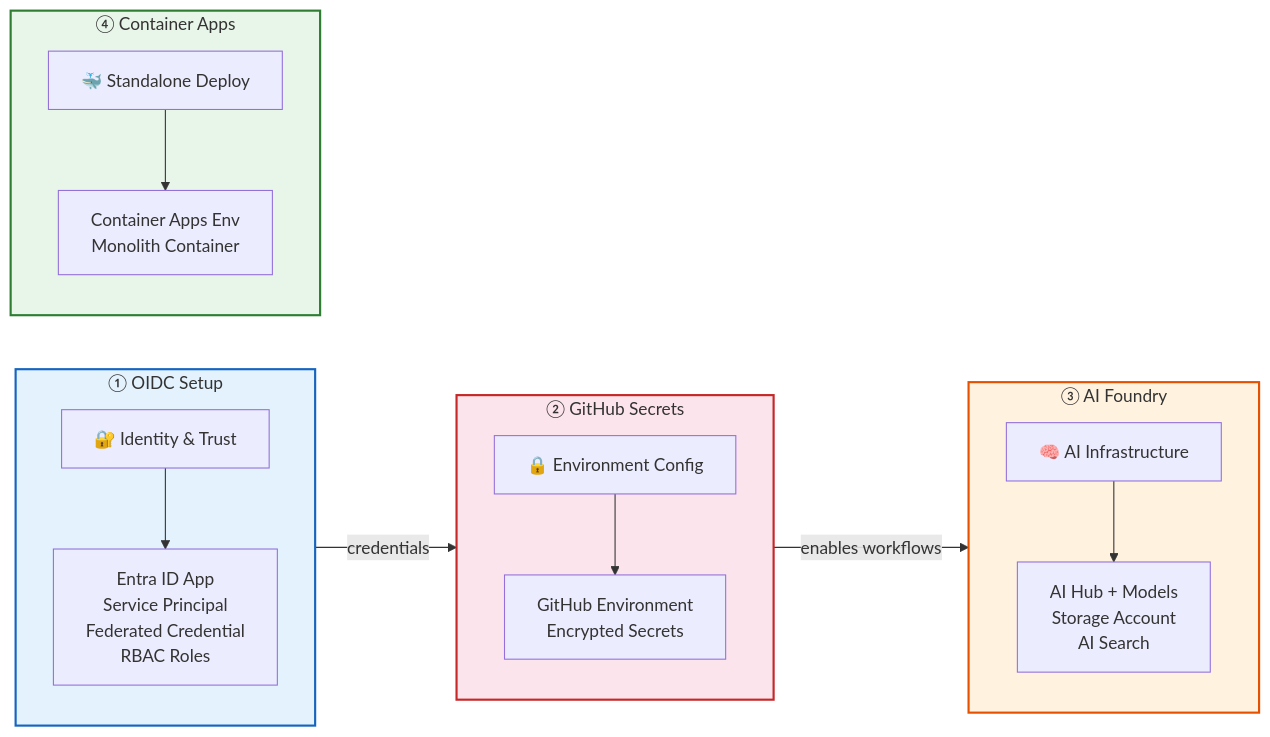
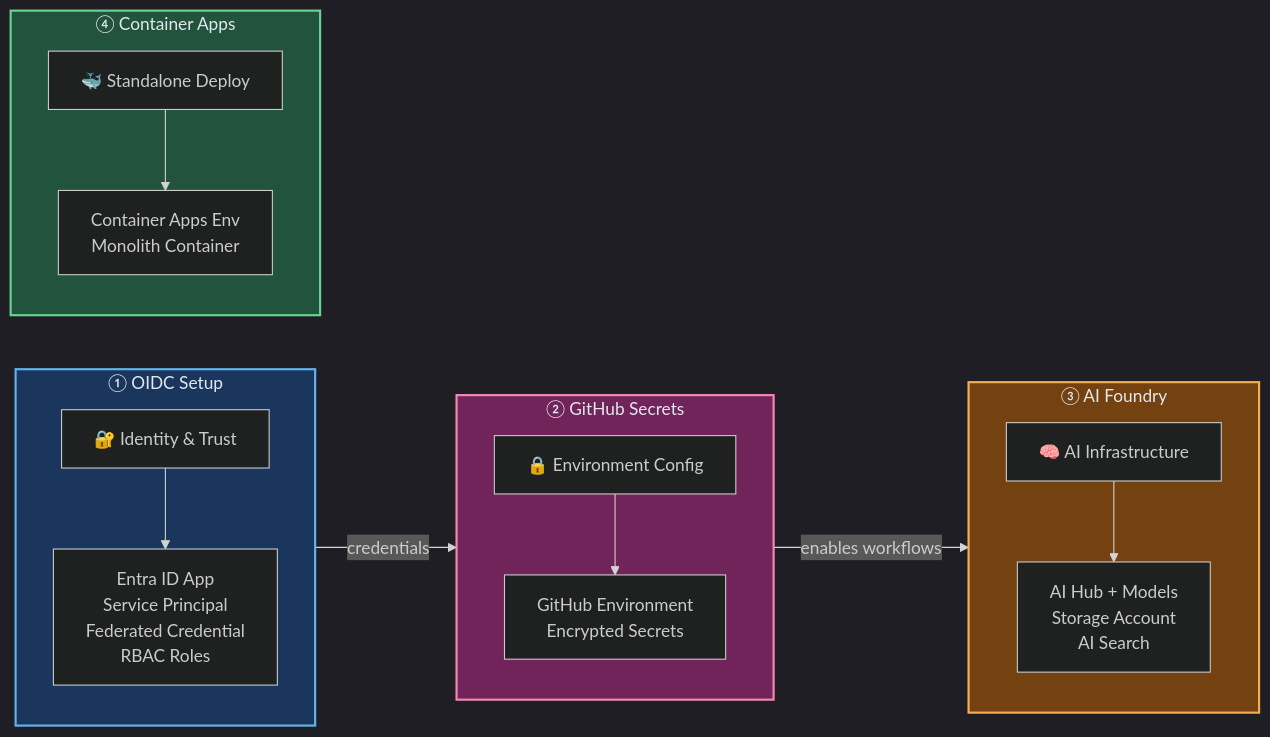
Before and after one commit to ks6088ts/template-github-copilot: the fifth of 5 diagrams in docs/copilot_report_forge/architecture.md, drawn with Mermaid. The commit also changed other lines of this file and 13 other files, not shown here.

````diff
--- a/docs/copilot_report_forge/architecture.md
+++ b/docs/copilot_report_forge/architecture.md
@@ -209,35 +213,36 @@
 ```mermaid
+%%{init: {'theme': 'dark'}}%%
 flowchart LR
     subgraph Step1["① OIDC Setup"]
         S1["🔐 Identity & Trust"]
         P1["Entra ID App\nService Principal\nFederated Credential\nRBAC Roles"]
     end
 
     subgraph Step2["② GitHub Secrets"]
         S2["🔒 Environment Config"]
         P2["GitHub Environment\nEncrypted Secrets"]
     end
 
     subgraph Step3["③ AI Foundry"]
         S3["🧠 AI Infrastructure"]
         P3["AI Hub + Models\nStorage Account\nAI Search"]
     end
 
     subgraph Step4["④ Container Apps"]
         S4["🐳 Standalone Deploy"]
         P4["Container Apps Env\nMonolith Container"]
     end
 
     S1 --> P1
     S2 --> P2
     S3 --> P3
     S4 --> P4
 
     Step1 -- "credentials" --> Step2
     Step2 -- "enables workflows" --> Step3
 
-    style Step1 fill:#e3f2fd,stroke:#1565C0,stroke-width:2px
-    style Step2 fill:#fce4ec,stroke:#c62828,stroke-width:2px
-    style Step3 fill:#fff3e0,stroke:#e65100,stroke-width:2px
-    style Step4 fill:#e8f5e9,stroke:#2e7d32,stroke-width:2px
+    style Step1 fill:#1a365d,stroke:#63b3ed,stroke-width:2px,color:#e2e8f0
+    style Step2 fill:#702459,stroke:#f687b3,stroke-width:2px,color:#e2e8f0
+    style Step3 fill:#744210,stroke:#f6ad55,stroke-width:2px,color:#e2e8f0
+    style Step4 fill:#22543d,stroke:#68d391,stroke-width:2px,color:#e2e8f0
 ```
````
